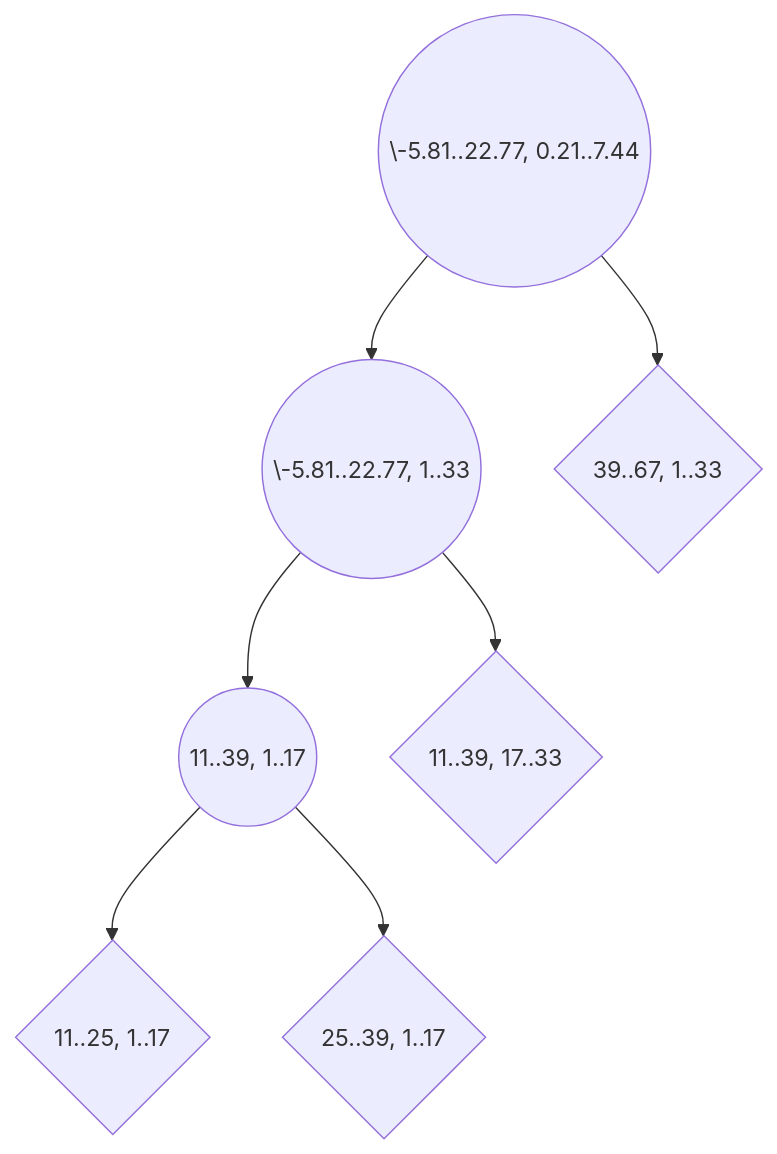
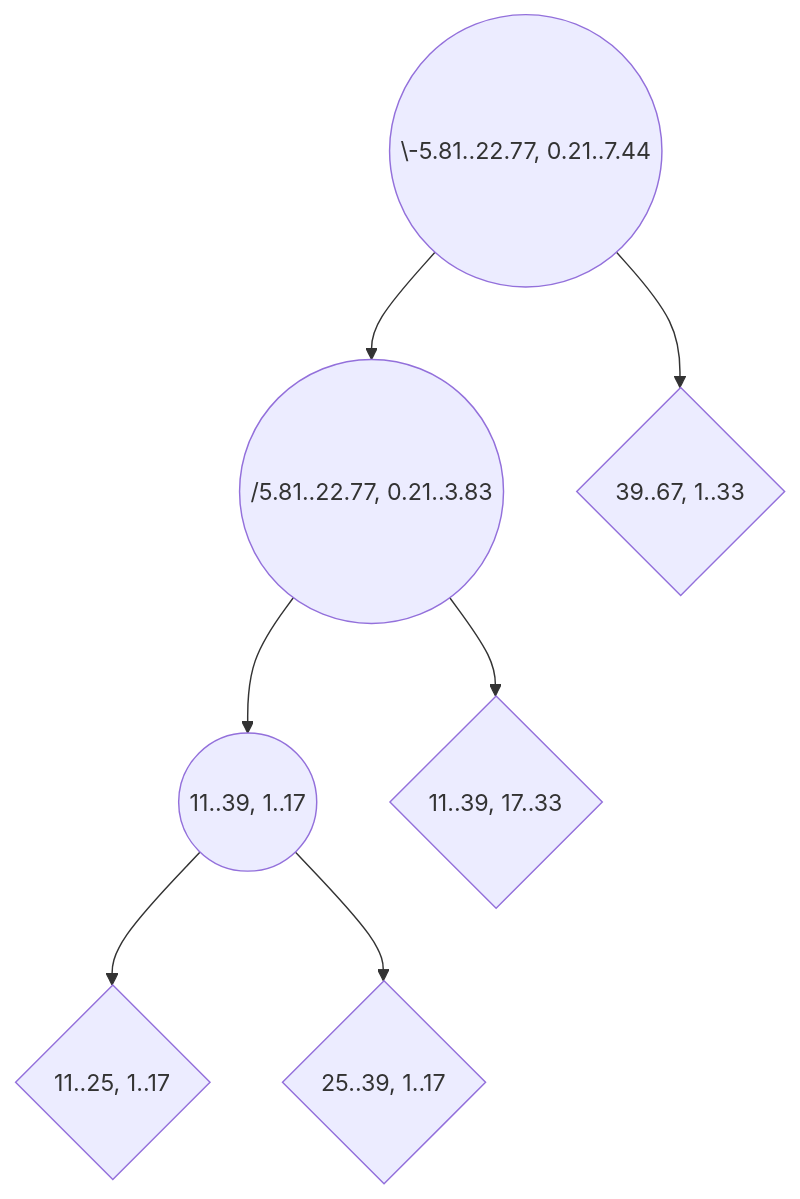
Before and after one commit to chazzka/clanekforest: the diagram in clanek.md, drawn with Mermaid. The commit also changed other lines of this file, not shown here.

Commit message:
clanek.md updated from https://stackeditpro.io/

````diff
--- a/clanek.md
+++ b/clanek.md
@@ -281,10 +281,10 @@
 ```mermaid
 graph TB
 A((\-5.81..22.77, 0.21..7.44))
-A --> B((\-5.81..22.77, 1..33)) 
+A --> B((/5.81..22.77, 0.21..3.83)) 
 A --> C{39..67, 1..33}
 B --> D((11..39, 1..17))
 B --> E{11..39, 17..33}
 D --> F{11..25, 1..17}
 D --> G{25..39, 1..17}
 ```
````
